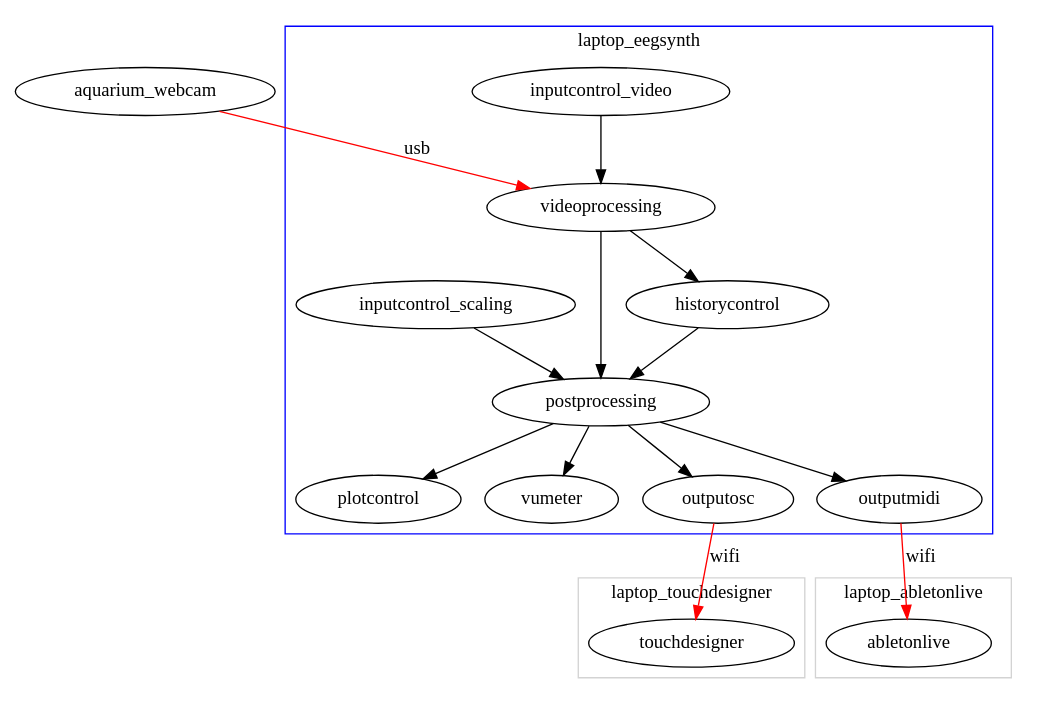
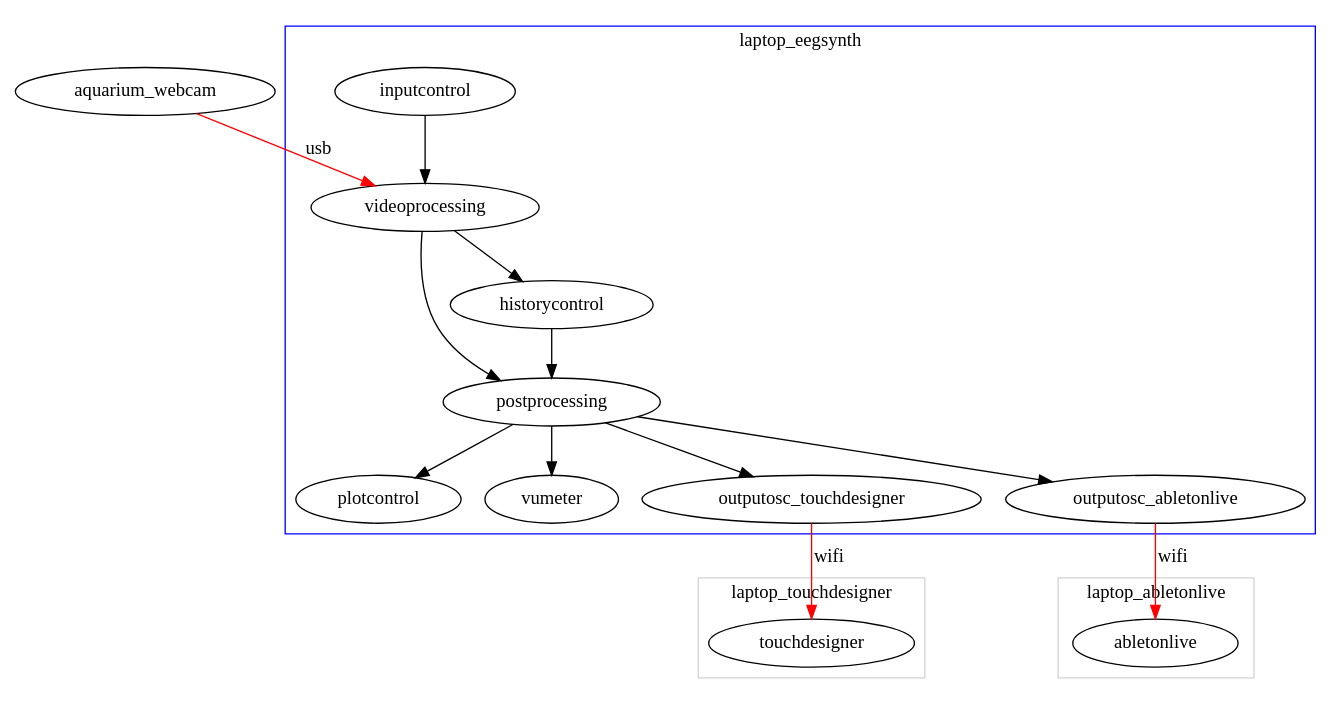
Before and after one commit to eegsynth/eegsynth: the diagram in patches/sjofartsmuseetakvariet/patch.dot, drawn with Graphviz. The commit also changed 12 other files, not shown here.

```diff
--- a/patches/sjofartsmuseetakvariet/patch.dot
+++ b/patches/sjofartsmuseetakvariet/patch.dot
@@ -1,26 +1,25 @@
 # To convert this into a bitmap representation, do this
 #   dot -Tpng -o patch.png patch.dot
 
 digraph eegsynth{
     aquarium_webcam -> videoprocessing [color=red; label=usb]
     
       subgraph cluster_1 {
         label=laptop_eegsynth;color=blue
         videoprocessing -> postprocessing -> plotcontrol
         videoprocessing -> historycontrol -> postprocessing -> vumeter
-        inputcontrol_video -> videoprocessing
-        inputcontrol_scaling -> postprocessing
-        postprocessing ->  outputosc
-        postprocessing ->  outputmidi
+        inputcontrol -> videoprocessing
+        postprocessing ->  outputosc_touchdesigner
+        postprocessing ->  outputosc_abletonlive
         }
 
     subgraph cluster_touchdesigner {
         color=lightgrey;label=laptop_touchdesigner
-        outputosc  -> touchdesigner[color=red;label=wifi]
+        outputosc_touchdesigner  -> touchdesigner[color=red;label=wifi]
         }
 
     subgraph cluster_abletonlive {
       color=lightgrey;label=laptop_abletonlive
-      outputmidi -> abletonlive [color=red;label=wifi]
+      outputosc_abletonlive -> abletonlive [color=red;label=wifi]
       }
 }
```
